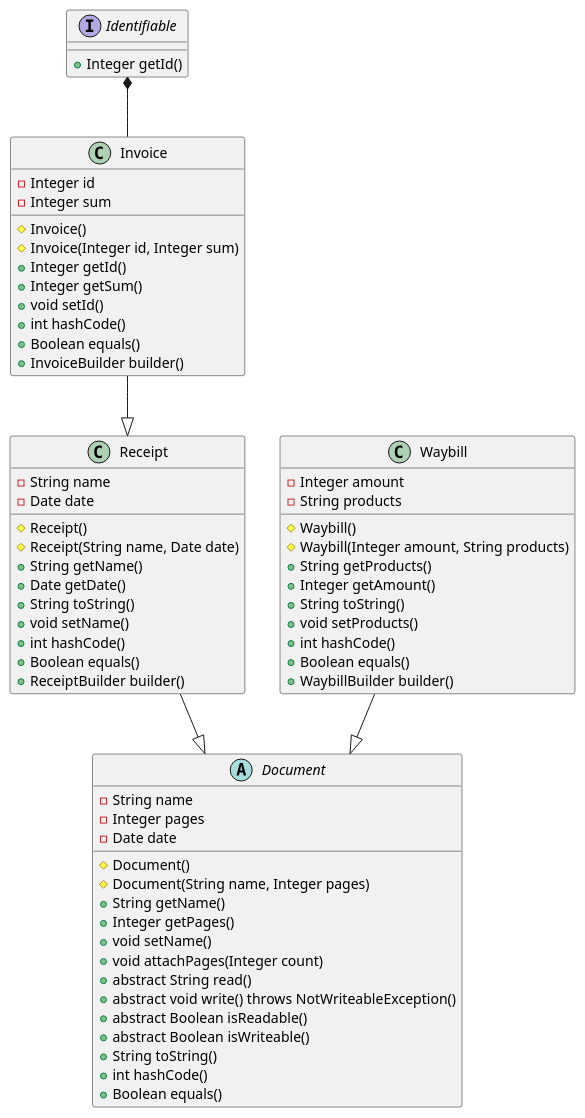
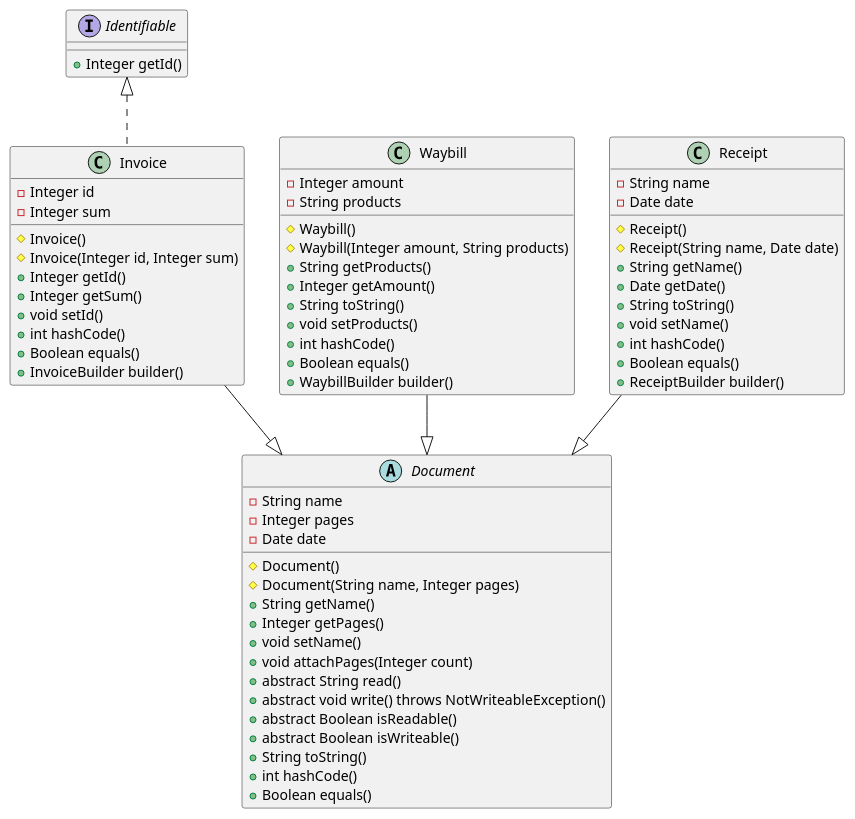
The diagram in src/week11.puml (pogozhevilya/cinema_proj), drawn with PlantUML before and after one commit. The commit also changed 1 other file, not shown here.

Commit message:
added changes for uml-diagrams

```diff
--- a/src/week11.puml
+++ b/src/week11.puml
@@ -1,67 +1,67 @@
 @startuml
 
 interface Identifiable {
     + Integer getId()
 }
 abstract class Document {
     - String name
     - Integer pages
     - Date date
     # Document()
     # Document(String name, Integer pages)
     + String getName()
     + Integer getPages()
     + void setName()
     + void attachPages(Integer count)
     + abstract String read()
     + abstract void write() throws NotWriteableException()
     + abstract Boolean isReadable()
     + abstract Boolean isWriteable()
     + String toString()
     + int hashCode()
     + Boolean equals()
 }
 class Waybill{
     - Integer amount
     - String products
     # Waybill()
     # Waybill(Integer amount, String products)
     + String getProducts()
     + Integer getAmount()
     + String toString()
     + void setProducts()
     + int hashCode()
     + Boolean equals()
     + WaybillBuilder builder()
 }
 class Receipt {
     - String name
     - Date date
     # Receipt()
     # Receipt(String name, Date date)
     + String getName()
     + Date getDate()
     + String toString()
     + void setName()
     + int hashCode()
     + Boolean equals()
     + ReceiptBuilder builder()
 }
 class Invoice {
     - Integer id
     - Integer sum
     # Invoice()
     # Invoice(Integer id, Integer sum)
     + Integer getId()
     + Integer getSum()
     + void setId()
     + int hashCode()
     + Boolean equals()
     + InvoiceBuilder builder()
 }
 
-Invoice --|> Receipt
+Invoice --|> Document
 Receipt--|> Document
 Waybill --|> Document
-Identifiable *-- Invoice
+Identifiable <|.. Invoice
 @enduml
```
